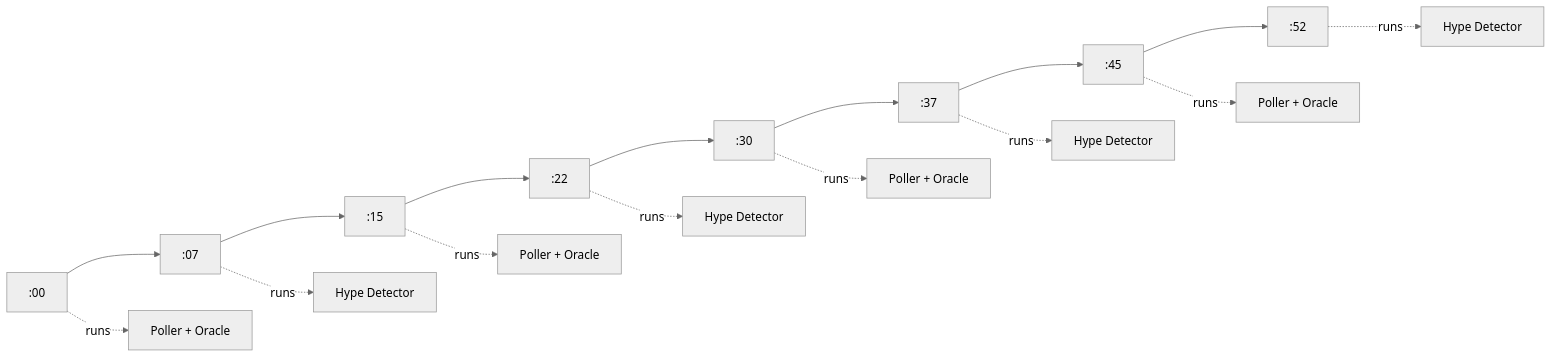
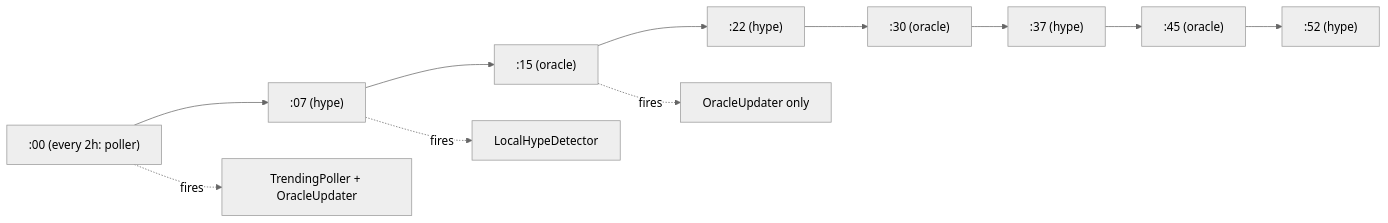
Diagram 13 of 14 in FLOWCHARTS.md (AncungAulia/tredie), drawn with Mermaid (neutral theme) before and after one commit. The commit also changed other lines of this file and 3 other files, not shown here.

First line of the commit message:
chore(backend): throttle TrendingPoller cron to 2h to fit Gemini free tier

````diff
--- a/FLOWCHARTS.md
+++ b/FLOWCHARTS.md
@@ -635,12 +638,7 @@
 ```mermaid
 flowchart LR
-    M0[":00"] --> M7[":07"] --> M15[":15"] --> M22[":22"] --> M30[":30"] --> M37[":37"] --> M45[":45"] --> M52[":52"]
-    M0 -.runs.-> Pol1[Poller + Oracle]
-    M7 -.runs.-> Hyp1[Hype Detector]
-    M15 -.runs.-> Pol2[Poller + Oracle]
-    M22 -.runs.-> Hyp2[Hype Detector]
-    M30 -.runs.-> Pol3[Poller + Oracle]
-    M37 -.runs.-> Hyp3[Hype Detector]
-    M45 -.runs.-> Pol4[Poller + Oracle]
-    M52 -.runs.-> Hyp4[Hype Detector]
+    H0[":00 (every 2h: poller)"] --> H7[":07 (hype)"] --> H15[":15 (oracle)"] --> H22[":22 (hype)"] --> H30[":30 (oracle)"] --> H37[":37 (hype)"] --> H45[":45 (oracle)"] --> H52[":52 (hype)"]
+    H0 -.fires.-> Pol[TrendingPoller + OracleUpdater]
+    H15 -.fires.-> Or[OracleUpdater only]
+    H7 -.fires.-> Hy[LocalHypeDetector]
 ```
````
